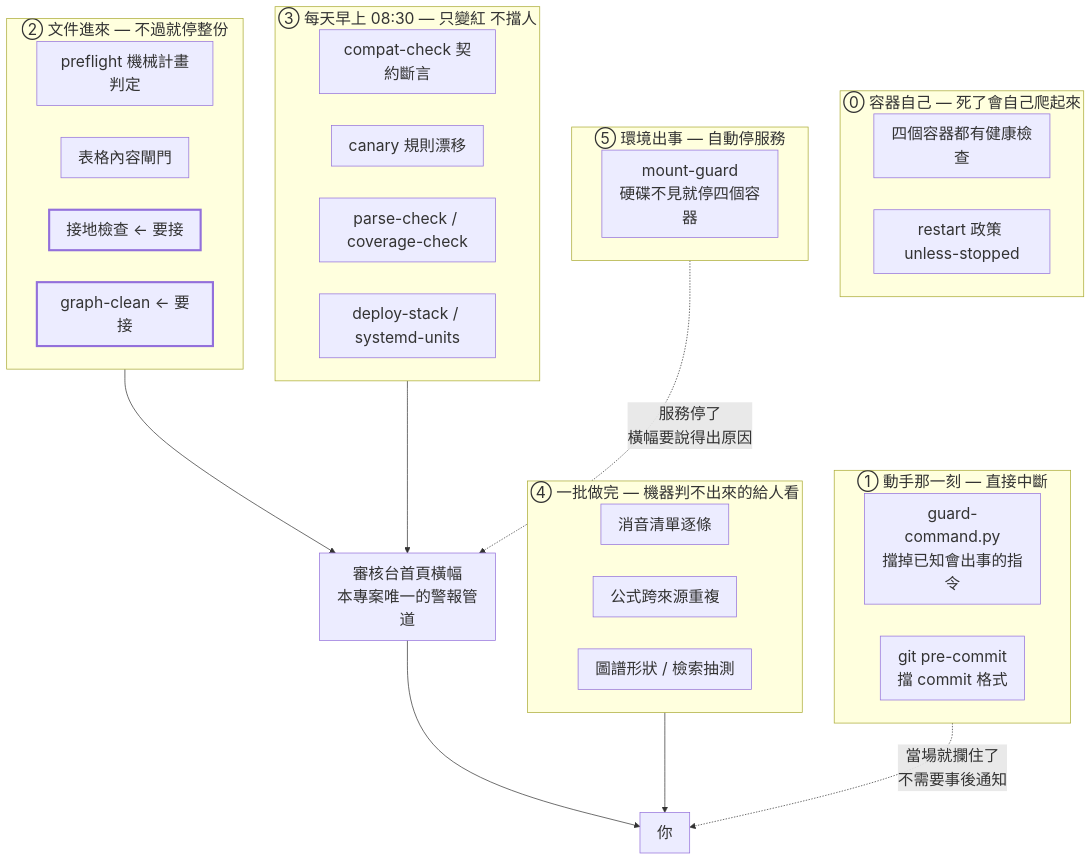
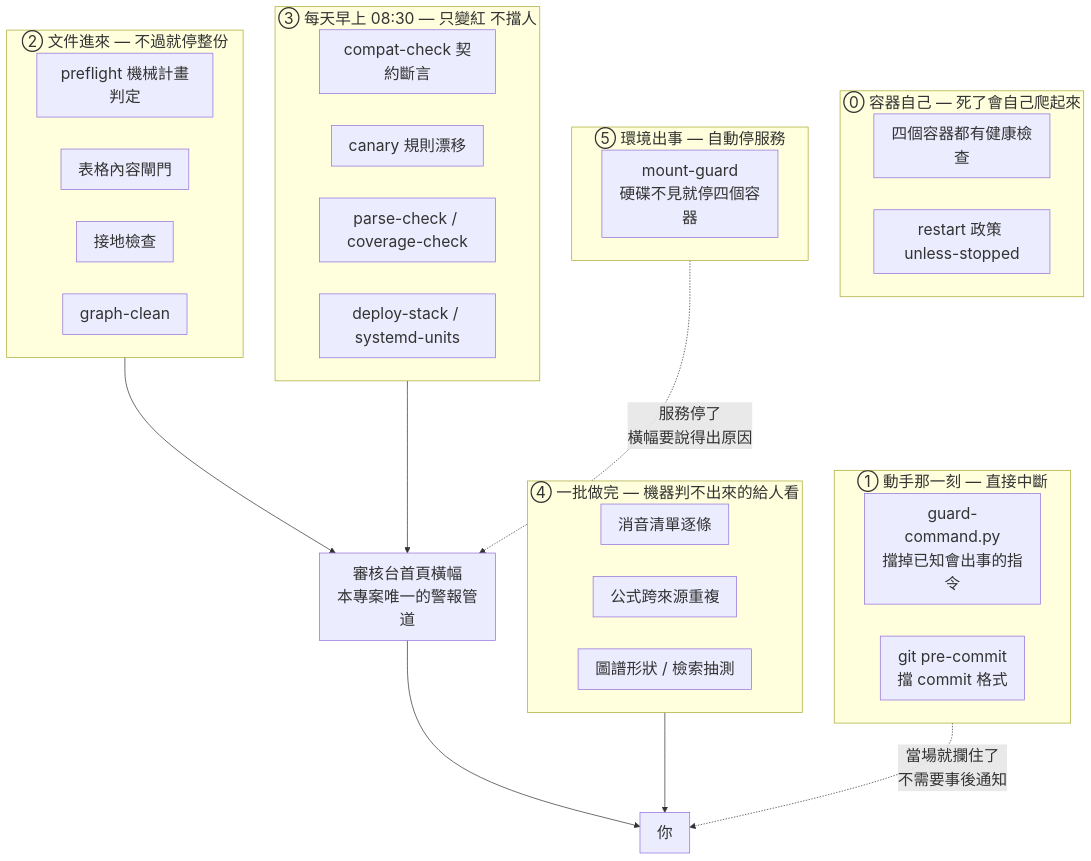
Before and after one commit to neknufelet/lightrag: the third of 7 diagrams in docs/rebuild-v3-design-20260816.md, drawn with Mermaid. The commit also changed other lines of this file and 2 other files, not shown here.

````diff
--- a/docs/rebuild-v3-design-20260816.md
+++ b/docs/rebuild-v3-design-20260816.md
@@ -174,47 +174,46 @@
 ```mermaid
 %%{init: {'themeVariables': {'fontSize':'22px'}, 'flowchart': {'nodeSpacing': 45, 'rankSpacing': 60, 'padding': 12}}}%%
 flowchart TB
     subgraph L0["⓪ 容器自己 — 死了會自己爬起來"]
         A1["四個容器都有健康檢查"]
         A2["restart 政策 unless-stopped"]
     end
 
     subgraph L1["① 動手那一刻 — 直接中斷"]
         H1["guard-command.py<br/>擋掉已知會出事的指令"]
         H2["git pre-commit<br/>擋 commit 格式"]
     end
 
     subgraph L2["② 文件進來 — 不過就停整份"]
         B1["preflight 機械計畫判定"]
         B2["表格內容閘門"]
-        B3["接地檢查 ← 要接"]
-        B4["graph-clean ← 要接"]
+        B3["接地檢查"]
+        B4["graph-clean"]
     end
 
     subgraph L3["③ 每天早上 08:30 — 只變紅 不擋人"]
         C1["compat-check 契約斷言"]
         C2["canary 規則漂移"]
         C3["parse-check / coverage-check"]
         C4["deploy-stack / systemd-units"]
     end
 
     subgraph L4["④ 一批做完 — 機器判不出來的給人看"]
         D1["消音清單逐條"]
         D2["公式跨來源重複"]
         D3["圖譜形狀 / 檢索抽測"]
     end
 
     subgraph L5["⑤ 環境出事 — 自動停服務"]
         E1["mount-guard<br/>硬碟不見就停四個容器"]
     end
 
     L2 --> BAN["審核台首頁橫幅<br/>本專案唯一的警報管道"]
     L3 --> BAN
     L5 -.->|"服務停了<br/>橫幅要說得出原因"| BAN
     L4 --> HUMAN["你"]
     BAN --> HUMAN
     L1 -.->|"當場就攔住了<br/>不需要事後通知"| HUMAN
 
     classDef todo stroke-width:3px
-    class B3,B4 todo
 ```
````
